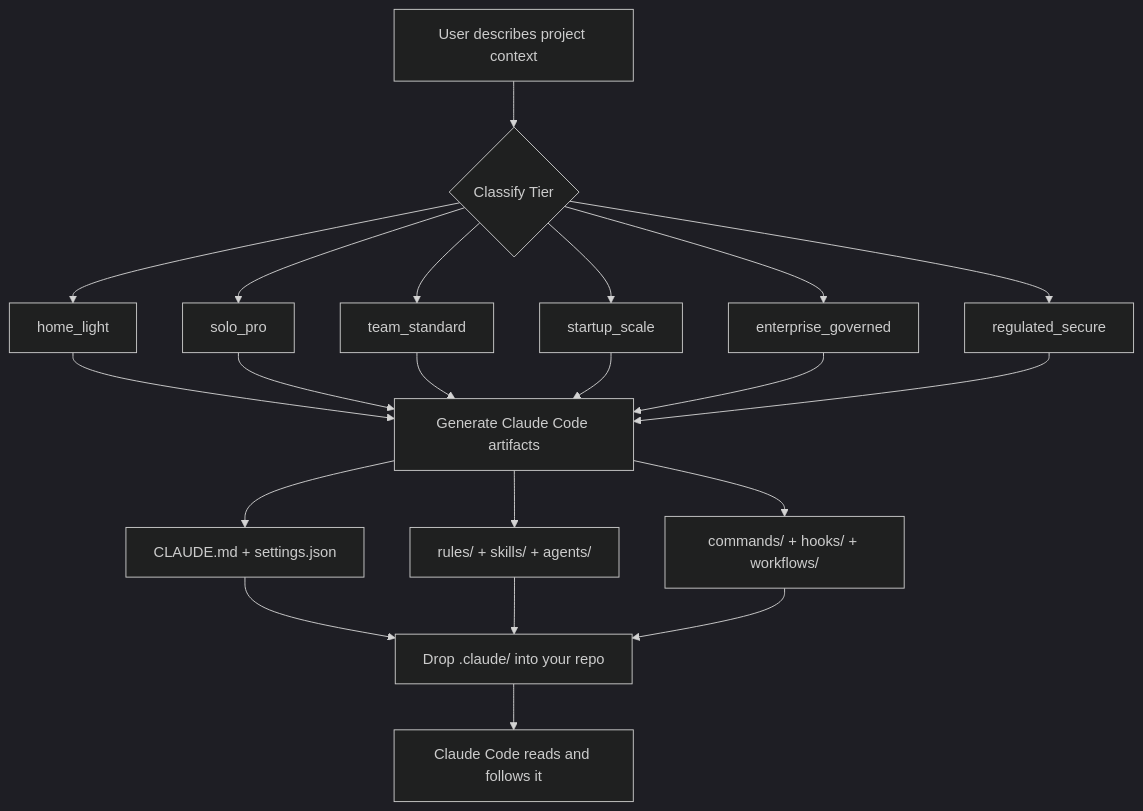
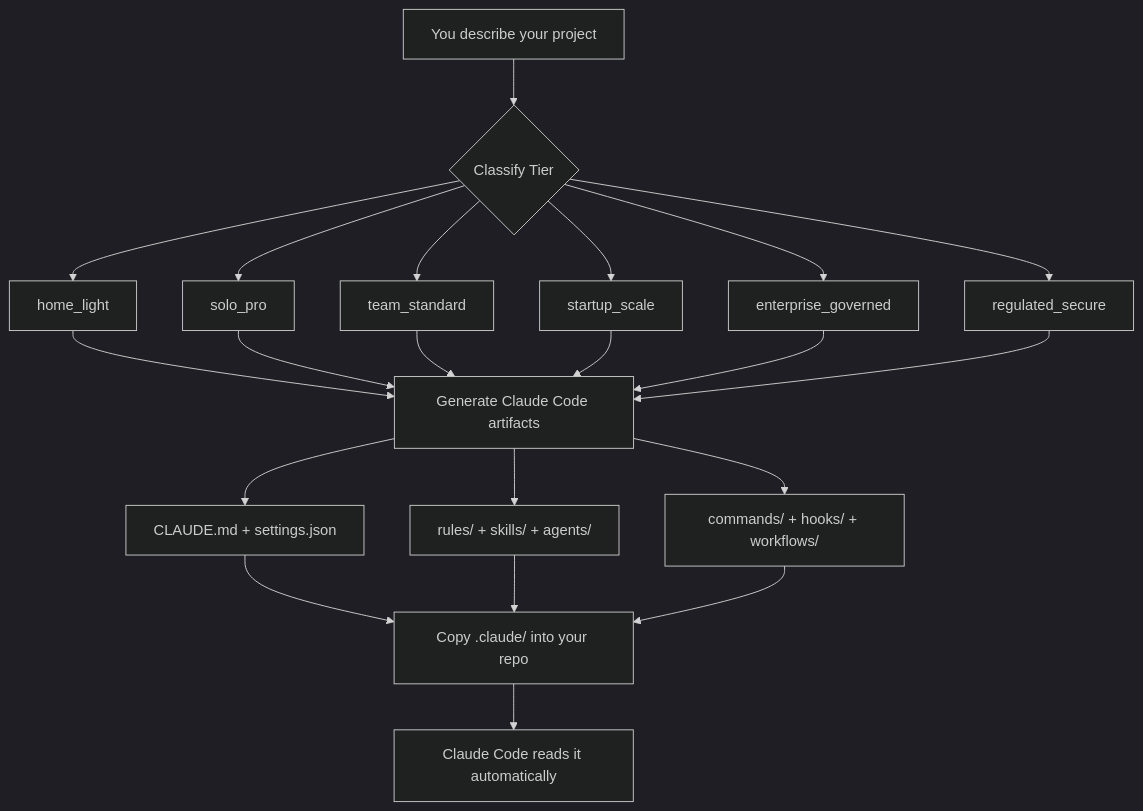
The diagram in README.md (JackSmack1971/claude-wizardry), drawn with Mermaid (dark theme) before and after one commit. The commit also changed other lines of this file, not shown here.

````diff
--- a/README.md
+++ b/README.md
@@ -180,16 +198,16 @@
 ```mermaid
 graph TD
-    A[User describes project context] --> B{Classify Tier}
+    A[You describe your project] --> B{Classify Tier}
     B --> C[home_light]
     B --> D[solo_pro]
     B --> E[team_standard]
     B --> F[startup_scale]
     B --> G[enterprise_governed]
     B --> H[regulated_secure]
     C & D & E & F & G & H --> I[Generate Claude Code artifacts]
     I --> J[CLAUDE.md + settings.json]
     I --> K[rules/ + skills/ + agents/]
     I --> L[commands/ + hooks/ + workflows/]
-    J & K & L --> M[Drop .claude/ into your repo]
-    M --> N[Claude Code reads and follows it]
+    J & K & L --> M[Copy .claude/ into your repo]
+    M --> N[Claude Code reads it automatically]
 ```
````
